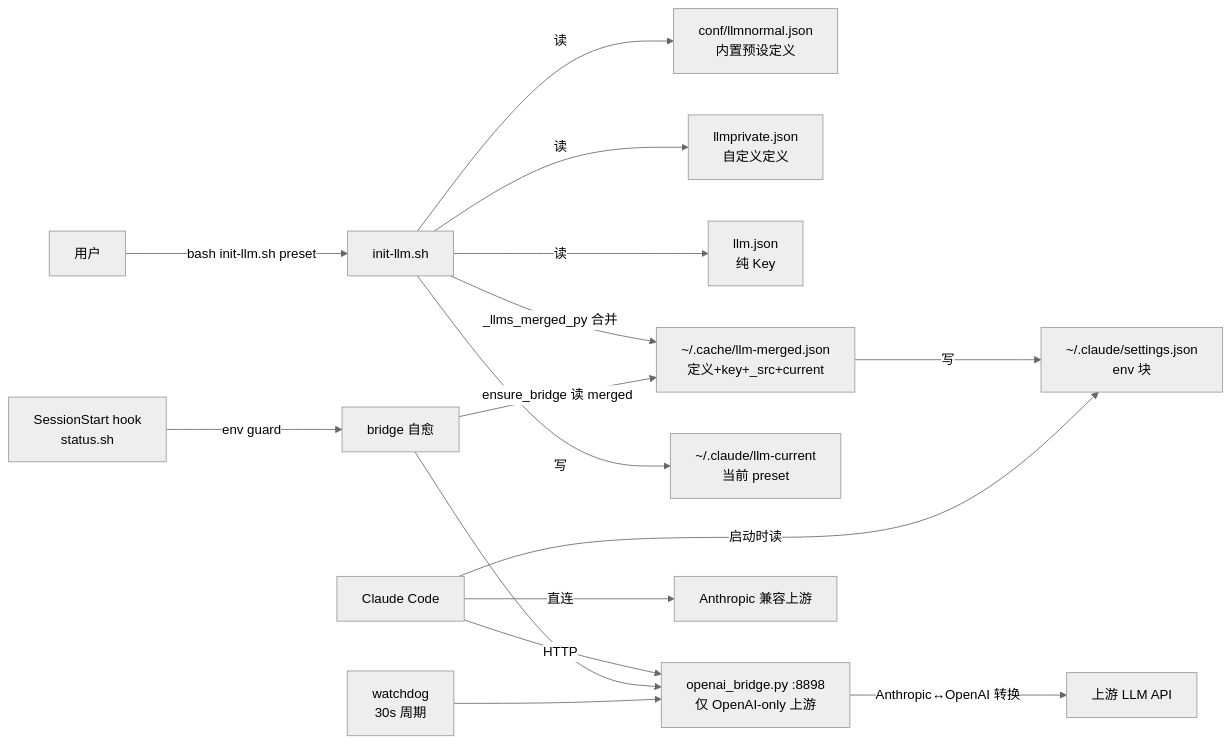
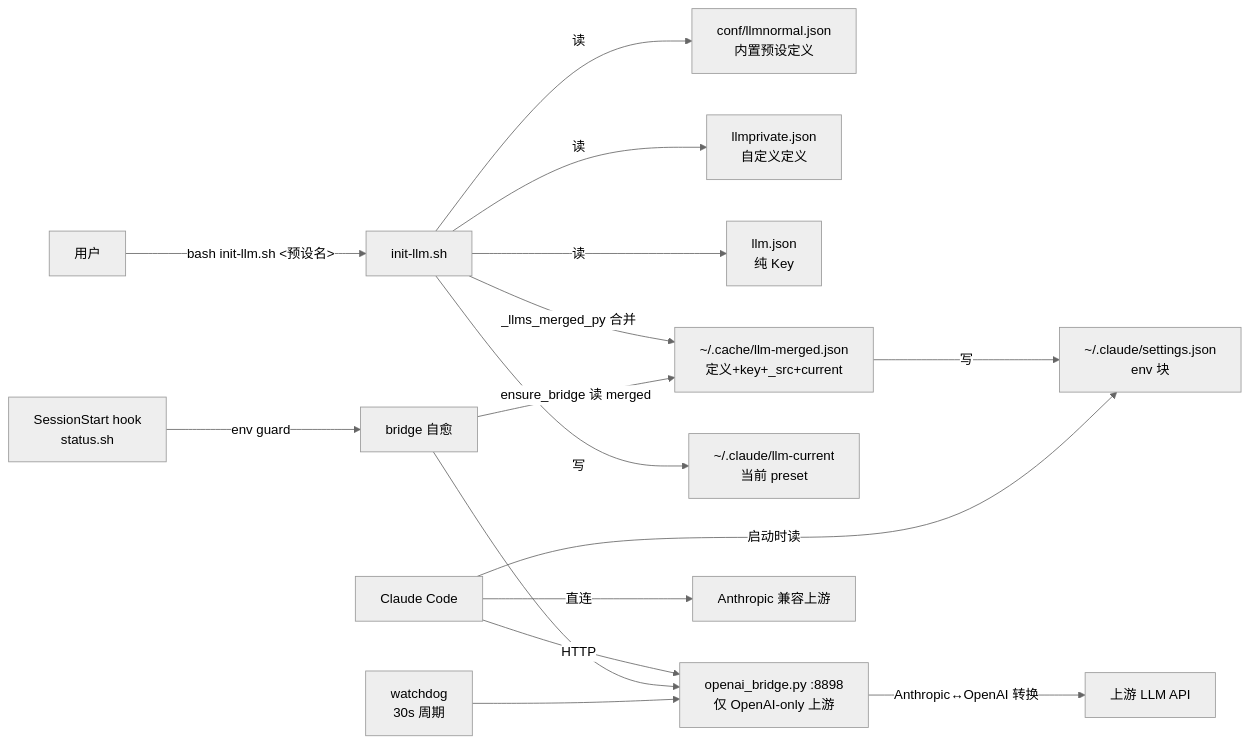
The diagram in docs/init-llm.md (mengfanchun2017/ccconfig), drawn with Mermaid (neutral theme) before and after one commit. The commit also changed 1 other file, not shown here.

Commit message:
Auto-sync: ccconfig 2 文件
  docs/init-llm.md
  docs/upgrade-guide.md

````diff
--- a/docs/init-llm.md
+++ b/docs/init-llm.md
@@ -11,19 +11,19 @@
 ```mermaid
 flowchart LR
-    User[用户] -->|bash init-llm.sh preset| Init[init-llm.sh]
+    User[用户] -->|bash init-llm.sh <预设名>| Init[init-llm.sh]
     Init -->|读| LLMNormal[conf/llmnormal.json<br/>内置预设定义] & LLMPriv[llmprivate.json<br/>自定义定义] & LLMKeys[llm.json<br/>纯 Key]
     Init -->|_llms_merged_py 合并| Merged[~/.cache/llm-merged.json<br/>定义+key+_src+current]
     Merged -->|写| Settings[~/.claude/settings.json<br/>env 块]
     Init -->|写| LLMCurrent[~/.claude/llm-current<br/>当前 preset]
 
     Claude[Claude Code] -->|启动时读| Settings
     Claude -->|HTTP| Bridge[openai_bridge.py :8898<br/>仅 OpenAI-only 上游]
     Bridge -->|Anthropic↔OpenAI 转换| Upstream[上游 LLM API]
     Claude -->|直连| Direct[Anthropic 兼容上游]
 
     SessionStart[SessionStart hook<br/>status.sh] -->|env guard| Heal[bridge 自愈]
     Heal -->|ensure_bridge 读 merged| Merged
     Heal --> Bridge
 
     WD[watchdog<br/>30s 周期] --> Bridge
 ```
````
